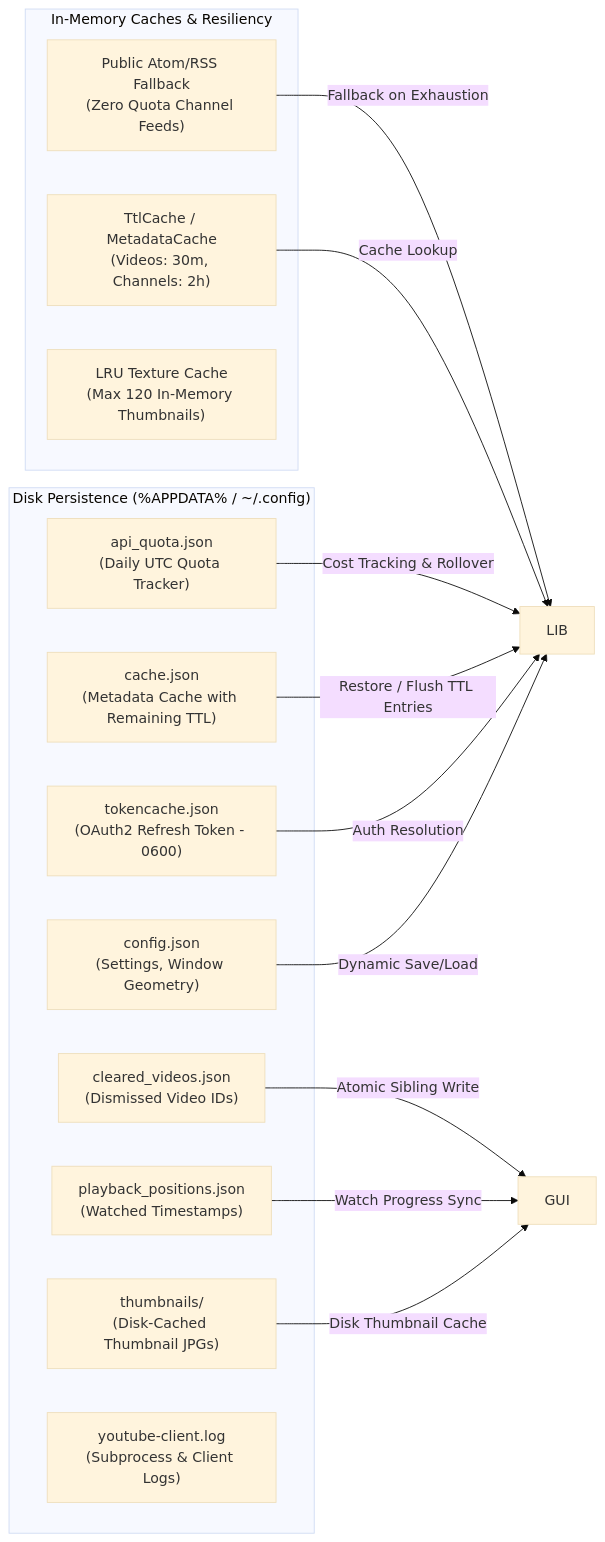
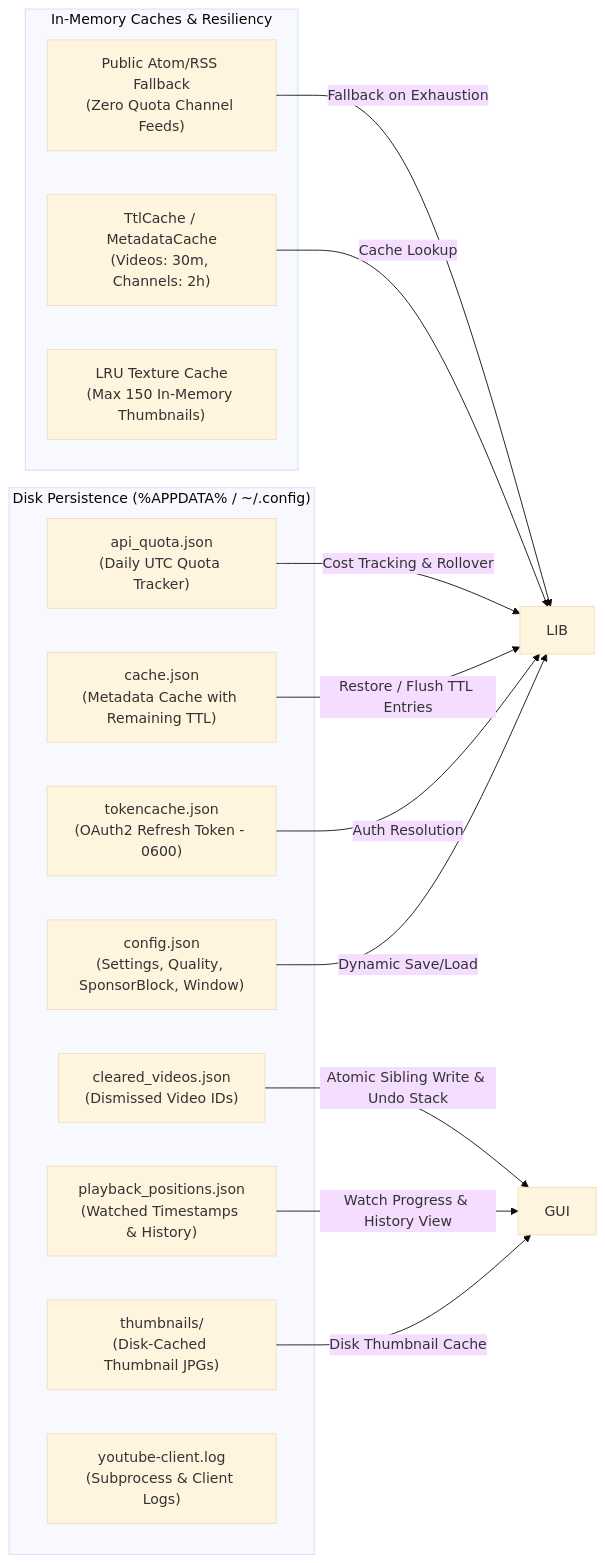
The fourth of 4 diagrams in docs/architecture.md (clockworkengineer/youtube-client), drawn with Mermaid (base theme) before and after one commit. The commit also changed other lines of this file and 42 other files, not shown here.

````diff
--- a/docs/architecture.md
+++ b/docs/architecture.md
@@ -150,29 +146,29 @@
 ```mermaid
 graph LR
     subgraph "Disk Persistence (%APPDATA% / ~/.config)"
-        CONF["config.json<br/>(Settings, Window Geometry)"]
+        CONF["config.json<br/>(Settings, Quality, SponsorBlock, Window)"]
         TOK["tokencache.json<br/>(OAuth2 Refresh Token - 0600)"]
         CACHE["cache.json<br/>(Metadata Cache with Remaining TTL)"]
         THUMBS["thumbnails/<br/>(Disk-Cached Thumbnail JPGs)"]
         QUOTA["api_quota.json<br/>(Daily UTC Quota Tracker)"]
-        POS["playback_positions.json<br/>(Watched Timestamps)"]
+        POS["playback_positions.json<br/>(Watched Timestamps & History)"]
         CLR["cleared_videos.json<br/>(Dismissed Video IDs)"]
         LOG["youtube-client.log<br/>(Subprocess & Client Logs)"]
     end
 
     subgraph "In-Memory Caches & Resiliency"
         TTL["TtlCache / MetadataCache<br/>(Videos: 30m, Channels: 2h)"]
         RSS["Public Atom/RSS Fallback<br/>(Zero Quota Channel Feeds)"]
-        TEX["LRU Texture Cache<br/>(Max 120 In-Memory Thumbnails)"]
+        TEX["LRU Texture Cache<br/>(Max 150 In-Memory Thumbnails)"]
     end
 
     CONF -->|Dynamic Save/Load| LIB
     TOK -->|Auth Resolution| LIB
     CACHE -->|Restore / Flush TTL Entries| LIB
     THUMBS -->|Disk Thumbnail Cache| GUI
     QUOTA -->|Cost Tracking & Rollover| LIB
-    POS -->|Watch Progress Sync| GUI
-    CLR -->|Atomic Sibling Write| GUI
+    POS -->|Watch Progress & History View| GUI
+    CLR -->|Atomic Sibling Write & Undo Stack| GUI
     TTL -->|Cache Lookup| LIB
     RSS -->|Fallback on Exhaustion| LIB
 ```
````
